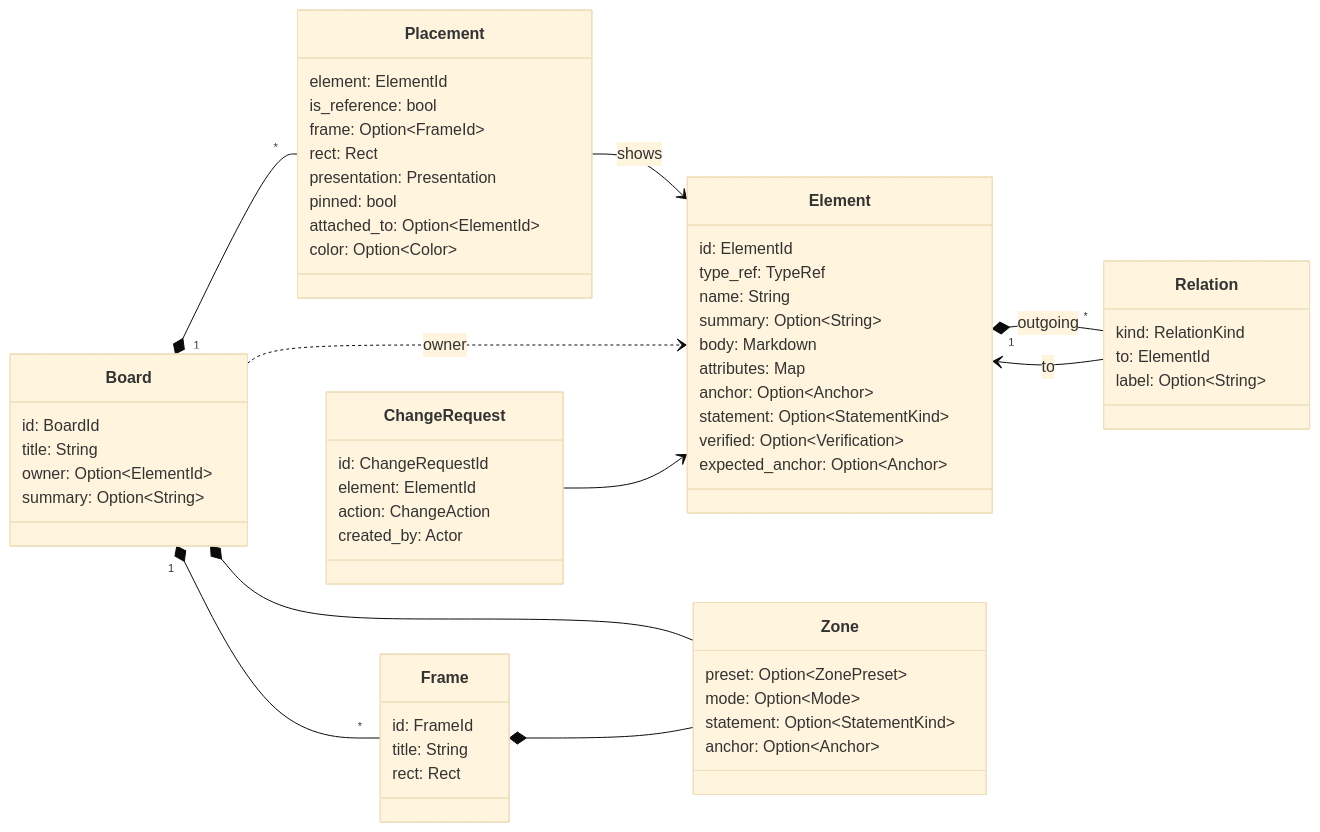
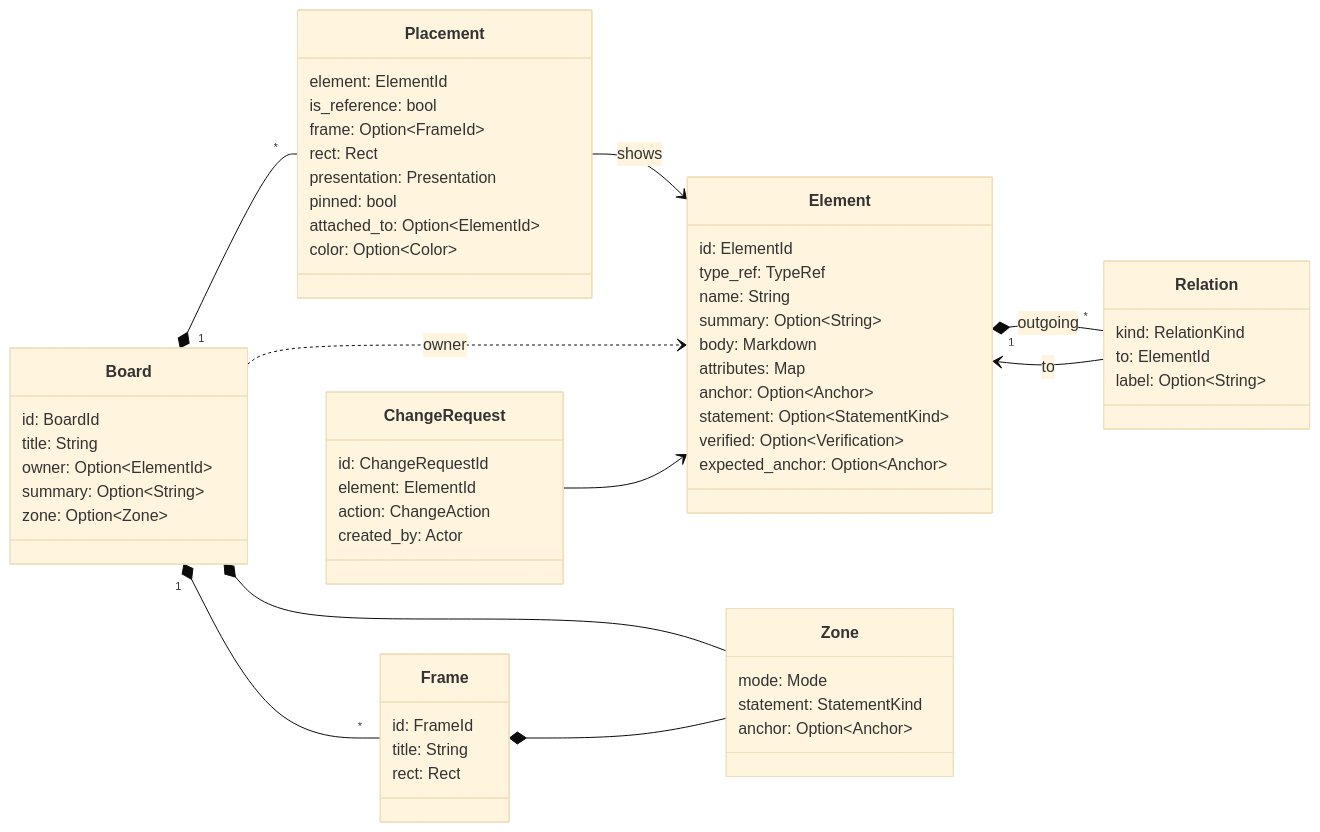
The diagram in docs/5 Architecture/Data Model.md (chdalski/abyme), drawn with Mermaid (base theme) before and after one commit. The commit also changed other lines of this file and 25 other files, not shown here.

First line of the commit message:
feat(model): add zones with a mode and a statement kind to boards

````diff
--- a/docs/5 Architecture/Data Model.md
+++ b/docs/5 Architecture/Data Model.md
@@ -21,63 +21,63 @@
 ```mermaid
 classDiagram
     direction LR
     class Element {
         id: ElementId
         type_ref: TypeRef
         name: String
         summary: Option~String~
         body: Markdown
         attributes: Map
         anchor: Option~Anchor~
         statement: Option~StatementKind~
         verified: Option~Verification~
         expected_anchor: Option~Anchor~
     }
     class Relation {
         kind: RelationKind
         to: ElementId
         label: Option~String~
     }
     class Board {
         id: BoardId
         title: String
         owner: Option~ElementId~
         summary: Option~String~
+        zone: Option~Zone~
     }
     class Frame {
         id: FrameId
         title: String
         rect: Rect
     }
     class Placement {
         element: ElementId
         is_reference: bool
         frame: Option~FrameId~
         rect: Rect
         presentation: Presentation
         pinned: bool
         attached_to: Option~ElementId~
         color: Option~Color~
     }
     class Zone {
-        preset: Option~ZonePreset~
-        mode: Option~Mode~
-        statement: Option~StatementKind~
+        mode: Mode
+        statement: StatementKind
         anchor: Option~Anchor~
     }
     class ChangeRequest {
         id: ChangeRequestId
         element: ElementId
         action: ChangeAction
         created_by: Actor
     }
     Element "1" *-- "*" Relation : outgoing
     Relation --> Element : to
     Board "1" *-- "*" Frame
     Board "1" *-- "*" Placement
     Board *-- Zone
     Frame *-- Zone
     Placement --> Element : shows
     Board ..> Element : owner
     ChangeRequest --> Element
 ```
````
